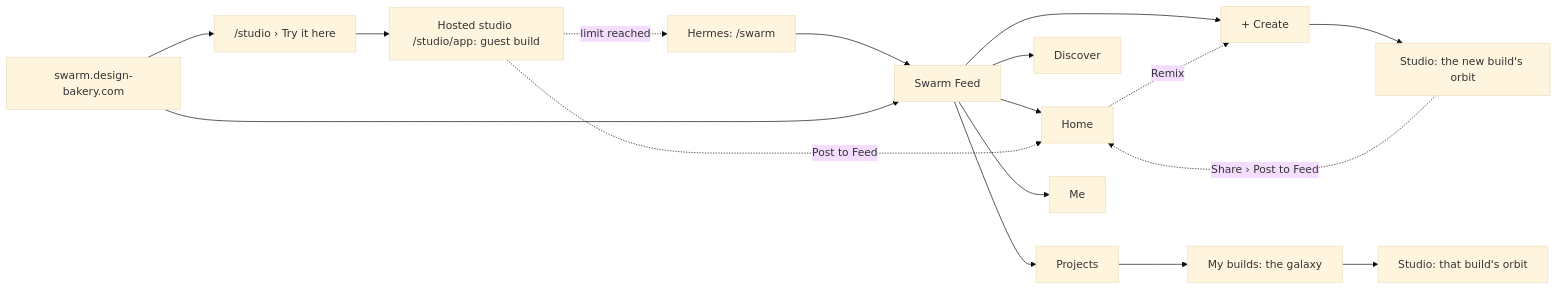
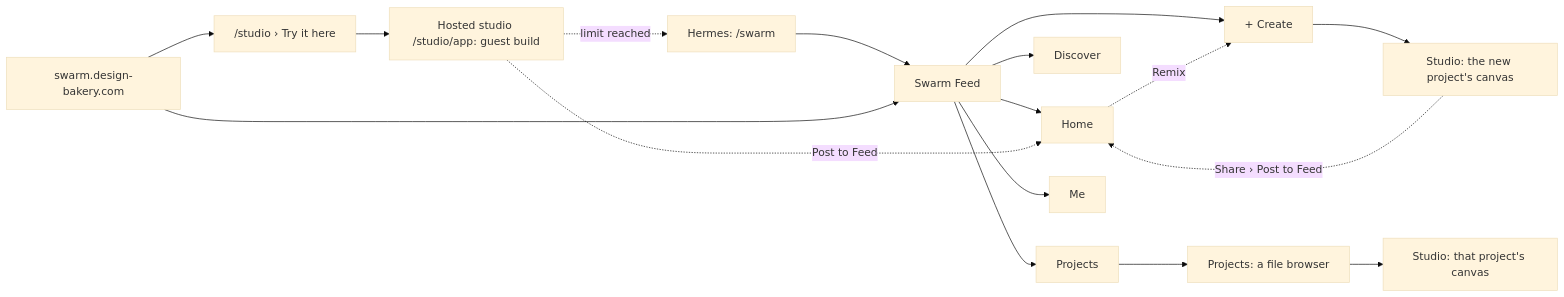
The first of 24 diagrams in docs/ux/SITEMAP.md (Pukujan/swarm-studio), drawn with Mermaid (base theme) before and after one commit. The commit also changed other lines of this file and 19 other files, not shown here.

First line of the commit message:
A project is one canvas: Files and Layers, artboards, crew cursors

````diff
--- a/docs/ux/SITEMAP.md
+++ b/docs/ux/SITEMAP.md
@@ -19,19 +19,19 @@
 ```mermaid
 flowchart LR
   HX["Hermes: /swarm"] --> FEED["Swarm Feed"]
   WEB["swarm.design-bakery.com"] --> FEED
   FEED --> HOME[Home]
   FEED --> DISC[Discover]
   FEED --> PROJ[Projects]
   FEED --> ME[Me]
   FEED --> CR["+ Create"]
-  CR --> ORB["Studio: the new build's orbit"]
-  PROJ --> GAL["My builds: the galaxy"]
-  GAL --> ORB2["Studio: that build's orbit"]
+  CR --> ORB["Studio: the new project's canvas"]
+  PROJ --> GAL["Projects: a file browser"]
+  GAL --> ORB2["Studio: that project's canvas"]
   ORB -.->|Share › Post to Feed| HOME
   HOME -.->|Remix| CR
   WEB --> TRY["/studio › Try it here"]
   TRY --> HOSTED["Hosted studio /studio/app: guest build"]
   HOSTED -.->|Post to Feed| HOME
   HOSTED -.->|limit reached| HX
 ```
````
